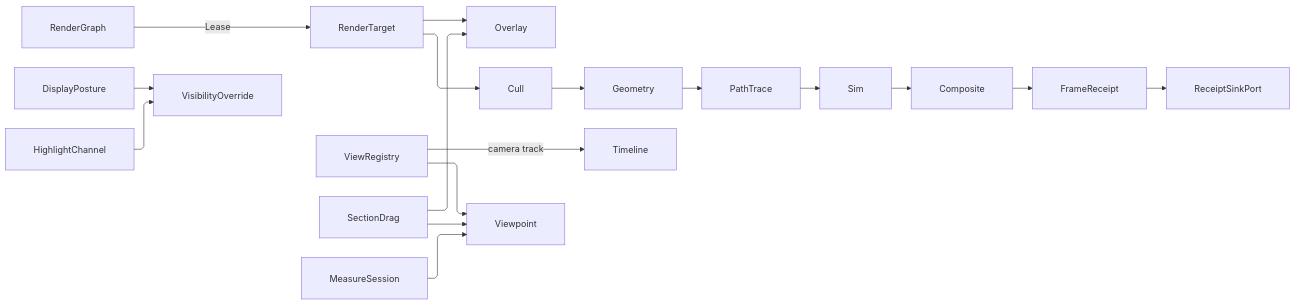
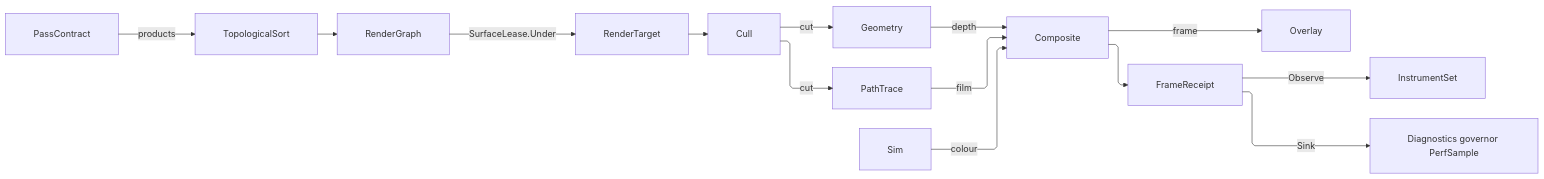
Before and after one commit to bsamiee/Rasm: the diagram in libs/csharp/Rasm.AppUi/.planning/Render/pipeline.md, drawn with Mermaid. The commit also changed other lines of this file and 818 other files, not shown here.

````diff
--- a/libs/csharp/Rasm.AppUi/.planning/Render/pipeline.md
+++ b/libs/csharp/Rasm.AppUi/.planning/Render/pipeline.md
@@ -712,28 +949,25 @@
 ```mermaid
 ---
 config:
   layout: elk
   flowchart:
     curve: linear
     padding: 25
 ---
 flowchart LR
     accTitle: Render graph frame flow
-    accDescr: A leased render target flows through cull, geometry, path tracing, simulation, composite, and receipt sealing.
-    RenderGraph -->|Lease| RenderTarget
-    RenderTarget --> Overlay
+    accDescr: A proved pass order drives a bracketed render target through cull, geometry, path tracing, simulation, composite, and receipt sealing.
+    PassContract -->|products| Schedule["TopologicalSort"]
+    Schedule --> RenderGraph
+    RenderGraph -->|SurfaceLease.Under| RenderTarget
     RenderTarget --> Cull
-    Cull --> Geometry
-    Geometry --> PathTrace
-    PathTrace --> Sim
-    Sim --> Composite
+    Cull -->|cut| Geometry
+    Cull -->|cut| PathTrace
+    Geometry -->|depth| Composite
+    PathTrace -->|film| Composite
+    Sim -->|colour| Composite
+    Composite -->|frame| Overlay
     Composite --> FrameReceipt
-    FrameReceipt --> ReceiptSinkPort
-    ViewRegistry -->|camera track| Timeline
-    ViewRegistry --> Viewpoint
-    SectionDrag --> Overlay
-    SectionDrag --> Viewpoint
-    MeasureSession --> Viewpoint
-    DisplayPosture --> VisibilityOverride
-    HighlightChannel --> VisibilityOverride
+    FrameReceipt -->|Observe| InstrumentSet
+    FrameReceipt -->|Sink| Governor["Diagnostics governor PerfSample"]
 ```
````
